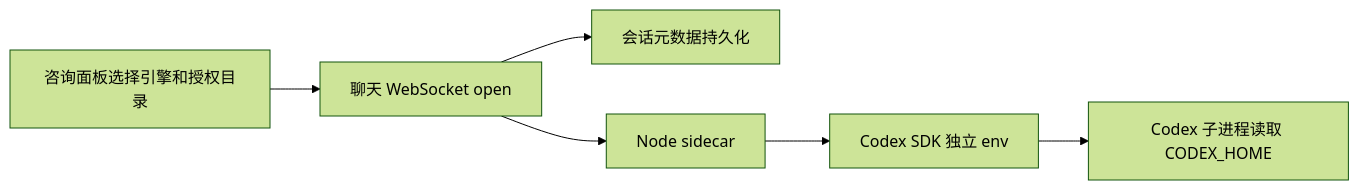
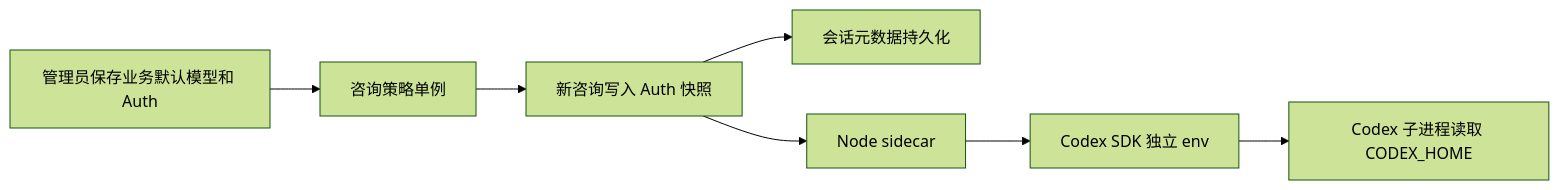
One commit to exception-coder/kai-toolbox changed the first of 4 diagrams in docs/design/咨询引擎选择/咨询引擎选择-current.md. Above: the diagram before and after it, drawn with Mermaid (forest theme). The commit also changed other lines of this file and 17 other files, not shown here.

````diff
--- a/docs/design/咨询引擎选择/咨询引擎选择-current.md
+++ b/docs/design/咨询引擎选择/咨询引擎选择-current.md
@@ -17,8 +17,9 @@
 ```mermaid
 flowchart LR
-    UI["咨询面板选择引擎和授权目录"] --> WS["聊天 WebSocket open"]
+    UI["管理员保存业务默认模型和 Auth"] --> POLICY["咨询策略单例"]
+    POLICY --> WS["新咨询写入 Auth 快照"]
     WS --> DB["会话元数据持久化"]
     WS --> SC["Node sidecar"]
     SC --> SDK["Codex SDK 独立 env"]
     SDK --> CLI["Codex 子进程读取 CODEX_HOME"]
 ```
````
